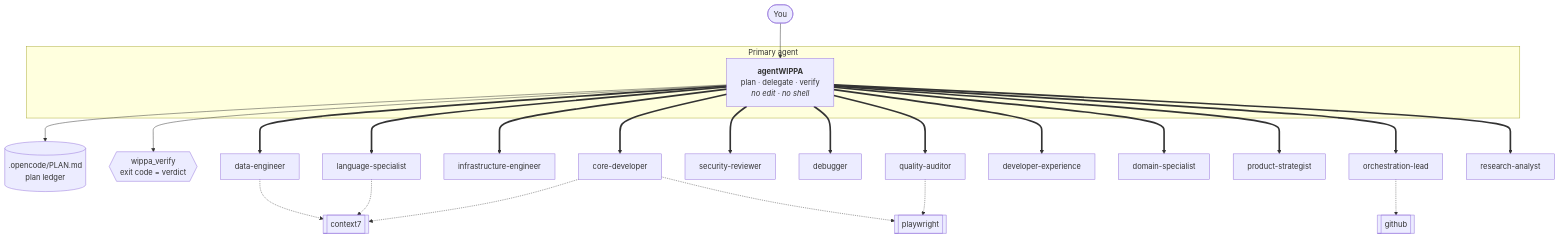
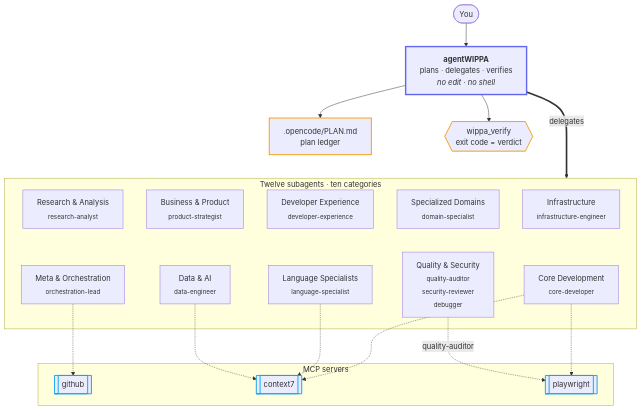
One commit to wippa-studios/wippaAGENT changed the first of 3 diagrams in README.md. Above: the diagram before and after it, drawn with Mermaid. The commit also changed other lines of this file and 8 other files, not shown here.

````diff
--- a/README.md
+++ b/README.md
@@ -89,28 +90,56 @@
 ```mermaid
+%% The ~~~ links at the end are layout-only and carry no meaning: they keep the roster
+%% in two rows and the server row below it. Roster cards list the agent ids in a category.
 flowchart TB
-    U([You]) --> O
+    U([You]) --> O["<b>agentWIPPA</b><br/>plans · delegates · verifies<br/><i>no edit · no shell</i>"]
 
-    subgraph ORCH [" Primary agent "]
-        O["<b>agentWIPPA</b><br/>plan · delegate · verify<br/><i>no edit · no shell</i>"]
+    L[".opencode/PLAN.md<br/>plan ledger"]
+    V{{"wippa_verify<br/>exit code = verdict"}}
+    O --> L
+    O --> V
+
+    subgraph ROSTER["Twelve subagents · ten categories"]
+        N1["Infrastructure<br/><sub>infrastructure-engineer</sub>"]
+        N2["Developer Experience<br/><sub>developer-experience</sub>"]
+        N3["Specialized Domains<br/><sub>domain-specialist</sub>"]
+        N4["Business &amp; Product<br/><sub>product-strategist</sub>"]
+        N5["Research &amp; Analysis<br/><sub>research-analyst</sub>"]
+        T1["Core Development<br/><sub>core-developer</sub>"]
+        T2["Language Specialists<br/><sub>language-specialist</sub>"]
+        T3["Quality &amp; Security<br/><sub>quality-auditor<br/>security-reviewer<br/>debugger</sub>"]
+        T4["Data &amp; AI<br/><sub>data-engineer</sub>"]
+        T5["Meta &amp; Orchestration<br/><sub>orchestration-lead</sub>"]
     end
 
-    O --> L[(".opencode/PLAN.md<br/>plan ledger")]
-    O --> V{{"wippa_verify<br/>exit code = verdict"}}
+    subgraph MCP["MCP servers"]
+        M1[["github"]]
+        M2[["context7"]]
+        M3[["playwright"]]
+    end
 
-    O ==> S1[core-developer]
-    O ==> S2[language-specialist]
-    O ==> S3[infrastructure-engineer]
-    O ==> S4[quality-auditor]
-    O ==> S5[security-reviewer]
-    O ==> S6[debugger]
-    O ==> S7[data-engineer]
-    O ==> S8[developer-experience]
-    O ==> S9[domain-specialist]
-    O ==> S10[product-strategist]
-    O ==> S11[orchestration-lead]
-    O ==> S12[research-analyst]
+    O ==>|delegates| ROSTER
 
-    S11 -.-> M1[["github"]]
-    S1 & S2 & S7 -.-> M2[["context7"]]
-    S4 & S1 -.-> M3[["playwright"]]
+    T5 -.-> M1
+    T1 & T2 & T4 -.-> M2
+    T1 -.-> M3
+    T3 -.->|quality-auditor| M3
+
+    %% layout only
+    L ~~~ N1
+    L ~~~ N2
+    L ~~~ N3
+    L ~~~ N4
+    L ~~~ N5
+    N1 ~~~ T1
+    N2 ~~~ T2
+    N3 ~~~ T3
+    N4 ~~~ T4
+    N5 ~~~ T5
+
+    classDef primary stroke:#6366f1,stroke-width:3px
+    classDef artefact stroke:#f59e0b,stroke-width:2px
+    classDef server stroke:#0ea5e9,stroke-width:2px
+    class O primary
+    class L,V artefact
+    class M1,M2,M3 server
 ```
````
